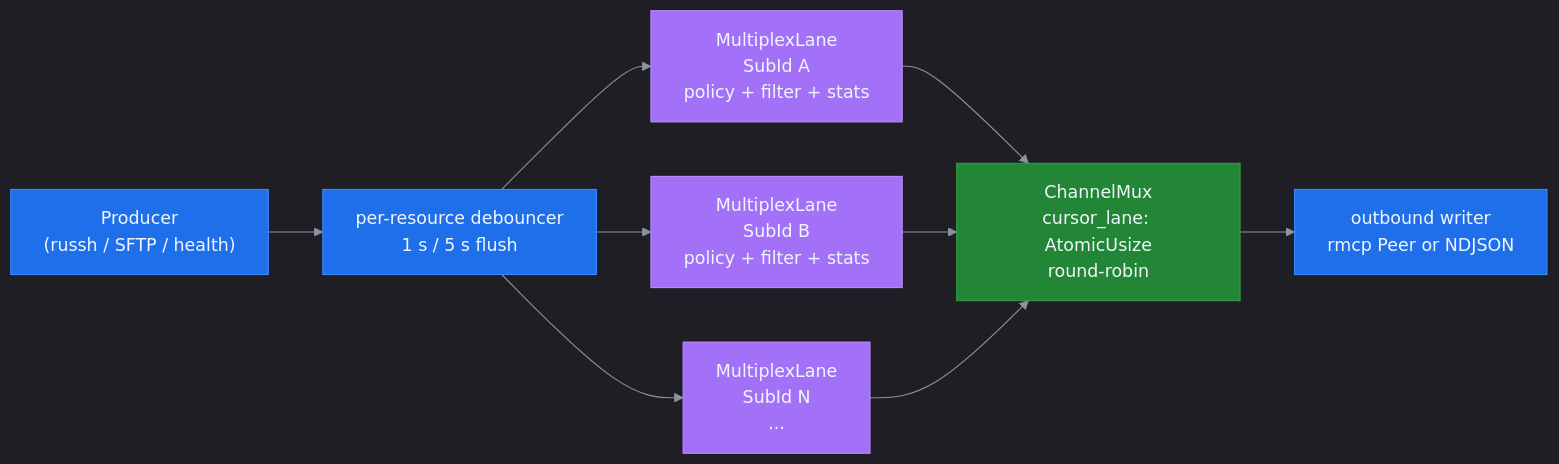
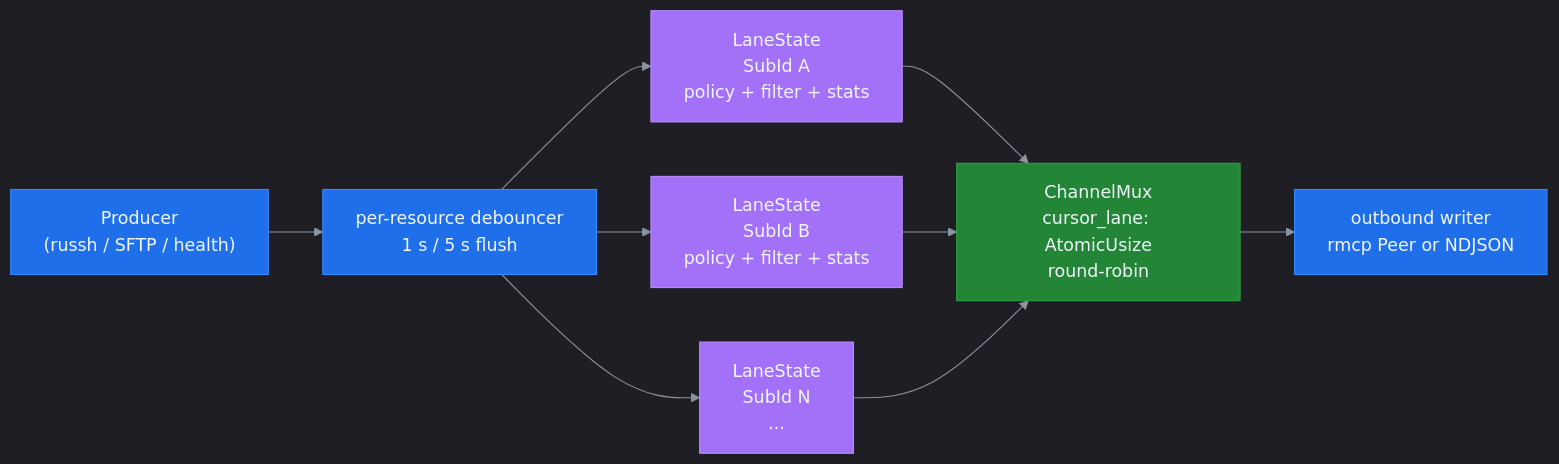
Before and after one commit to farchanjo/ssh-mcp: the third of 3 diagrams in AGENTS.md, drawn with Mermaid. The commit also changed other lines of this file, not shown here.

````diff
--- a/AGENTS.md
+++ b/AGENTS.md
@@ -129,28 +129,28 @@
 ```mermaid
 %%{init: {'theme':'dark','themeVariables':{'primaryColor':'#1f6feb','primaryTextColor':'#f0f6fc','primaryBorderColor':'#388bfd','lineColor':'#8b949e','secondaryColor':'#161b22','tertiaryColor':'#21262d','background':'#0d1117','mainBkg':'#161b22','secondBkg':'#21262d','tertiaryBkg':'#0d1117','nodeTextColor':'#f0f6fc','edgeLabelBackground':'#21262d','clusterBkg':'#161b22','clusterBorder':'#30363d','titleColor':'#f0f6fc'}}}%%
 flowchart LR
     Producer["Producer<br/>(russh / SFTP / health)"]
     Debouncer["per-resource debouncer<br/>1 s / 5 s flush"]
-    LaneA["MultiplexLane<br/>SubId A<br/>policy + filter + stats"]
-    LaneB["MultiplexLane<br/>SubId B<br/>policy + filter + stats"]
-    LaneN["MultiplexLane<br/>SubId N<br/>..."]
+    LaneA["LaneState<br/>SubId A<br/>policy + filter + stats"]
+    LaneB["LaneState<br/>SubId B<br/>policy + filter + stats"]
+    LaneN["LaneState<br/>SubId N<br/>..."]
     Mux["ChannelMux<br/>cursor_lane: AtomicUsize<br/>round-robin"]
     Out["outbound writer<br/>rmcp Peer or NDJSON"]
 
     Producer --> Debouncer
     Debouncer --> LaneA
     Debouncer --> LaneB
     Debouncer --> LaneN
     LaneA --> Mux
     LaneB --> Mux
     LaneN --> Mux
     Mux --> Out
 
     style Producer fill:#1f6feb,color:#f0f6fc,stroke:#388bfd
     style Debouncer fill:#1f6feb,color:#f0f6fc,stroke:#388bfd
     style LaneA fill:#a371f7,color:#f0f6fc,stroke:#bc8cff
     style LaneB fill:#a371f7,color:#f0f6fc,stroke:#bc8cff
     style LaneN fill:#a371f7,color:#f0f6fc,stroke:#bc8cff
     style Mux fill:#238636,color:#f0f6fc,stroke:#2ea043
     style Out fill:#1f6feb,color:#f0f6fc,stroke:#388bfd
 ```
````
